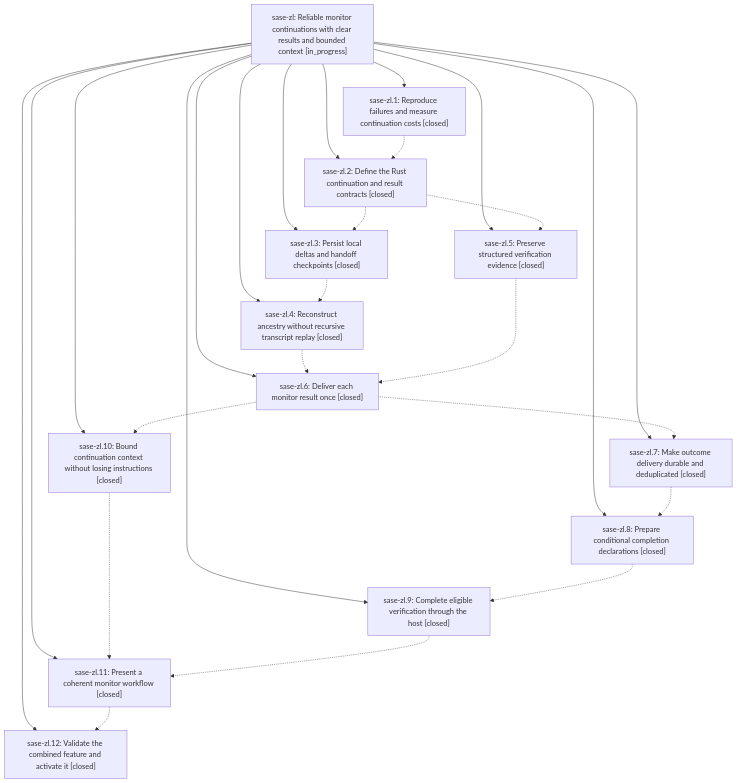
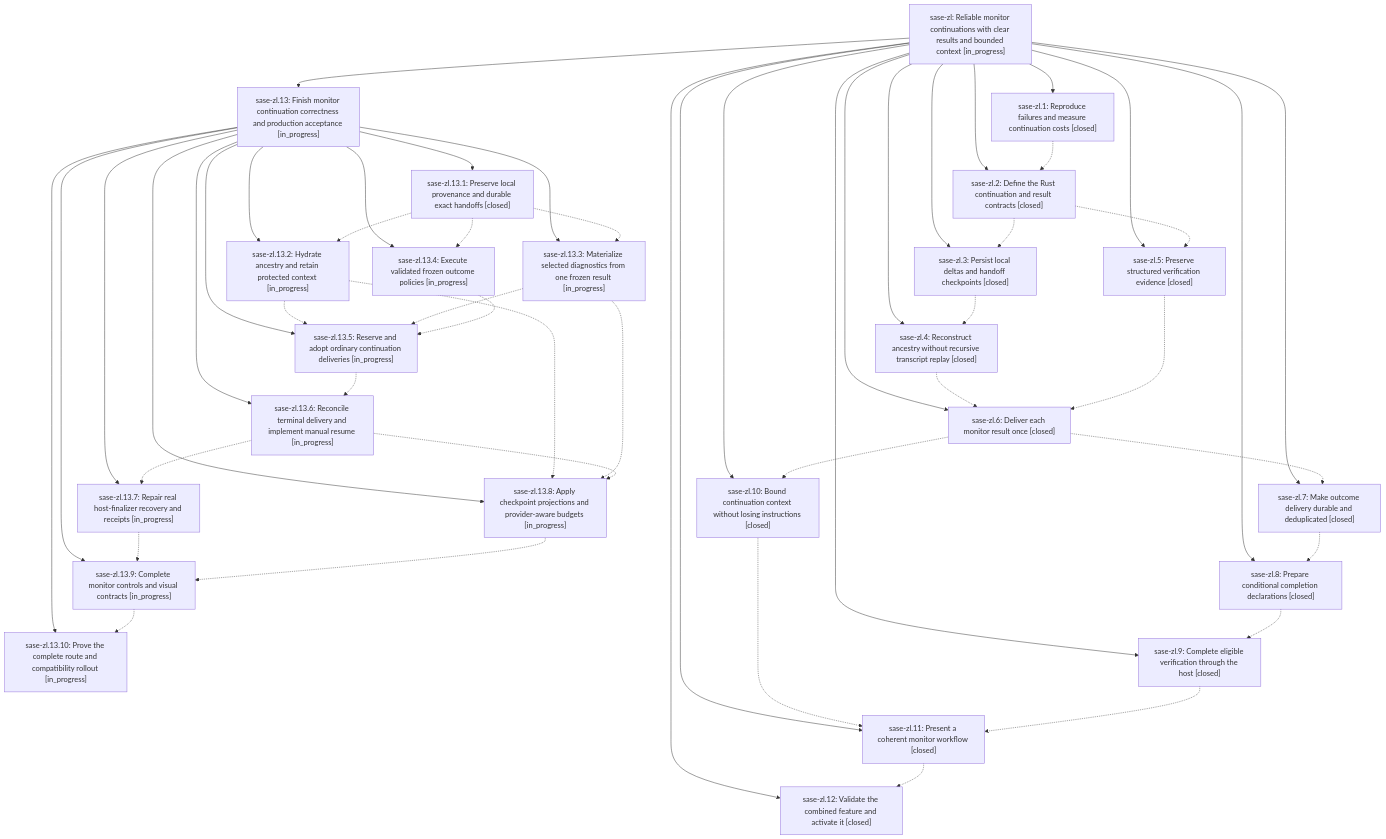
One commit to sase-org/sase--beads changed the diagram in pages/sase-zl/README.md. Above: the diagram before and after it, drawn with Mermaid. The commit also changed other lines of this file and 12 other files, not shown here.

````diff
--- a/pages/sase-zl/README.md
+++ b/pages/sase-zl/README.md
@@ -33,41 +67,77 @@
 ```mermaid
 flowchart TD
     n0["sase-zl: Reliable monitor continuations with clear results and bounded context [in_progress]"]
     n1["sase-zl.1: Reproduce failures and measure continuation costs [closed]"]
     n2["sase-zl.10: Bound continuation context without losing instructions [closed]"]
     n3["sase-zl.11: Present a coherent monitor workflow [closed]"]
     n4["sase-zl.12: Validate the combined feature and activate it [closed]"]
-    n5["sase-zl.2: Define the Rust continuation and result contracts [closed]"]
-    n6["sase-zl.3: Persist local deltas and handoff checkpoints [closed]"]
-    n7["sase-zl.4: Reconstruct ancestry without recursive transcript replay [closed]"]
-    n8["sase-zl.5: Preserve structured verification evidence [closed]"]
-    n9["sase-zl.6: Deliver each monitor result once [closed]"]
-    n10["sase-zl.7: Make outcome delivery durable and deduplicated [closed]"]
-    n11["sase-zl.8: Prepare conditional completion declarations [closed]"]
-    n12["sase-zl.9: Complete eligible verification through the host [closed]"]
+    n5["sase-zl.13: Finish monitor continuation correctness and production acceptance [in_progress]"]
+    n6["sase-zl.13.1: Preserve local provenance and durable exact handoffs [closed]"]
+    n7["sase-zl.13.10: Prove the complete route and compatibility rollout [in_progress]"]
+    n8["sase-zl.13.2: Hydrate ancestry and retain protected context [in_progress]"]
+    n9["sase-zl.13.3: Materialize selected diagnostics from one frozen result [in_progress]"]
+    n10["sase-zl.13.4: Execute validated frozen outcome policies [in_progress]"]
+    n11["sase-zl.13.5: Reserve and adopt ordinary continuation deliveries [in_progress]"]
+    n12["sase-zl.13.6: Reconcile terminal delivery and implement manual resume [in_progress]"]
+    n13["sase-zl.13.7: Repair real host-finalizer recovery and receipts [in_progress]"]
+    n14["sase-zl.13.8: Apply checkpoint projections and provider-aware budgets [in_progress]"]
+    n15["sase-zl.13.9: Complete monitor controls and visual contracts [in_progress]"]
+    n16["sase-zl.2: Define the Rust continuation and result contracts [closed]"]
+    n17["sase-zl.3: Persist local deltas and handoff checkpoints [closed]"]
+    n18["sase-zl.4: Reconstruct ancestry without recursive transcript replay [closed]"]
+    n19["sase-zl.5: Preserve structured verification evidence [closed]"]
+    n20["sase-zl.6: Deliver each monitor result once [closed]"]
+    n21["sase-zl.7: Make outcome delivery durable and deduplicated [closed]"]
+    n22["sase-zl.8: Prepare conditional completion declarations [closed]"]
+    n23["sase-zl.9: Complete eligible verification through the host [closed]"]
     n0 --> n1
     n0 --> n2
     n0 --> n3
     n0 --> n4
     n0 --> n5
-    n0 --> n6
-    n0 --> n7
-    n0 --> n8
-    n0 --> n9
-    n0 --> n10
-    n0 --> n11
-    n0 --> n12
-    n1 -.-> n5
+    n5 --> n6
+    n5 --> n7
+    n5 --> n8
+    n5 --> n9
+    n5 --> n10
+    n5 --> n11
+    n5 --> n12
+    n5 --> n13
+    n5 --> n14
+    n5 --> n15
+    n0 --> n16
+    n0 --> n17
+    n0 --> n18
+    n0 --> n19
+    n0 --> n20
+    n0 --> n21
+    n0 --> n22
+    n0 --> n23
+    n1 -.-> n16
     n2 -.-> n3
     n3 -.-> n4
-    n5 -.-> n6
-    n5 -.-> n8
-    n6 -.-> n7
-    n7 -.-> n9
-    n8 -.-> n9
-    n9 -.-> n2
-    n9 -.-> n10
+    n6 -.-> n8
+    n6 -.-> n9
+    n6 -.-> n10
+    n8 -.-> n11
+    n8 -.-> n14
+    n9 -.-> n11
+    n9 -.-> n14
     n10 -.-> n11
     n11 -.-> n12
-    n12 -.-> n3
+    n12 -.-> n13
+    n12 -.-> n14
+    n13 -.-> n15
+    n14 -.-> n15
+    n15 -.-> n7
+    n16 -.-> n17
+    n16 -.-> n19
+    n17 -.-> n18
+    n18 -.-> n20
+    n19 -.-> n20
+    n20 -.-> n2
+    n20 -.-> n21
+    n21 -.-> n22
+    n22 -.-> n23
+    n23 -.-> n3
 ```
````
